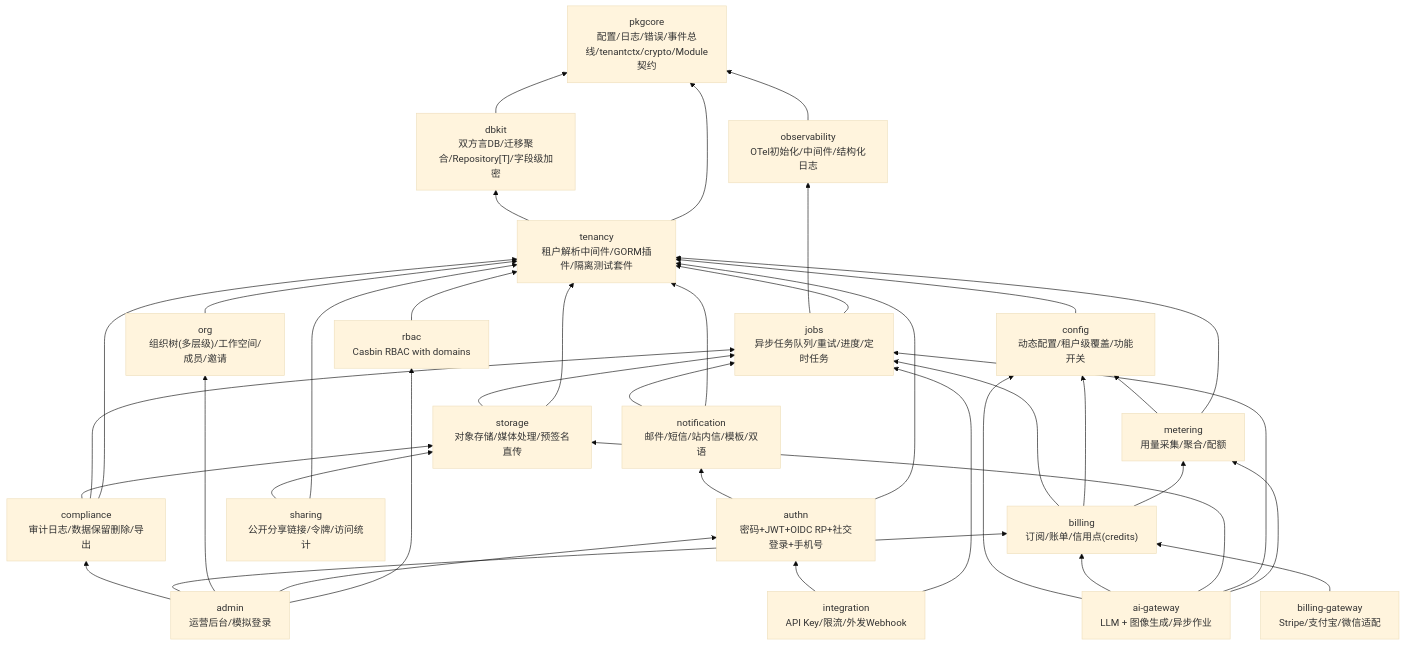
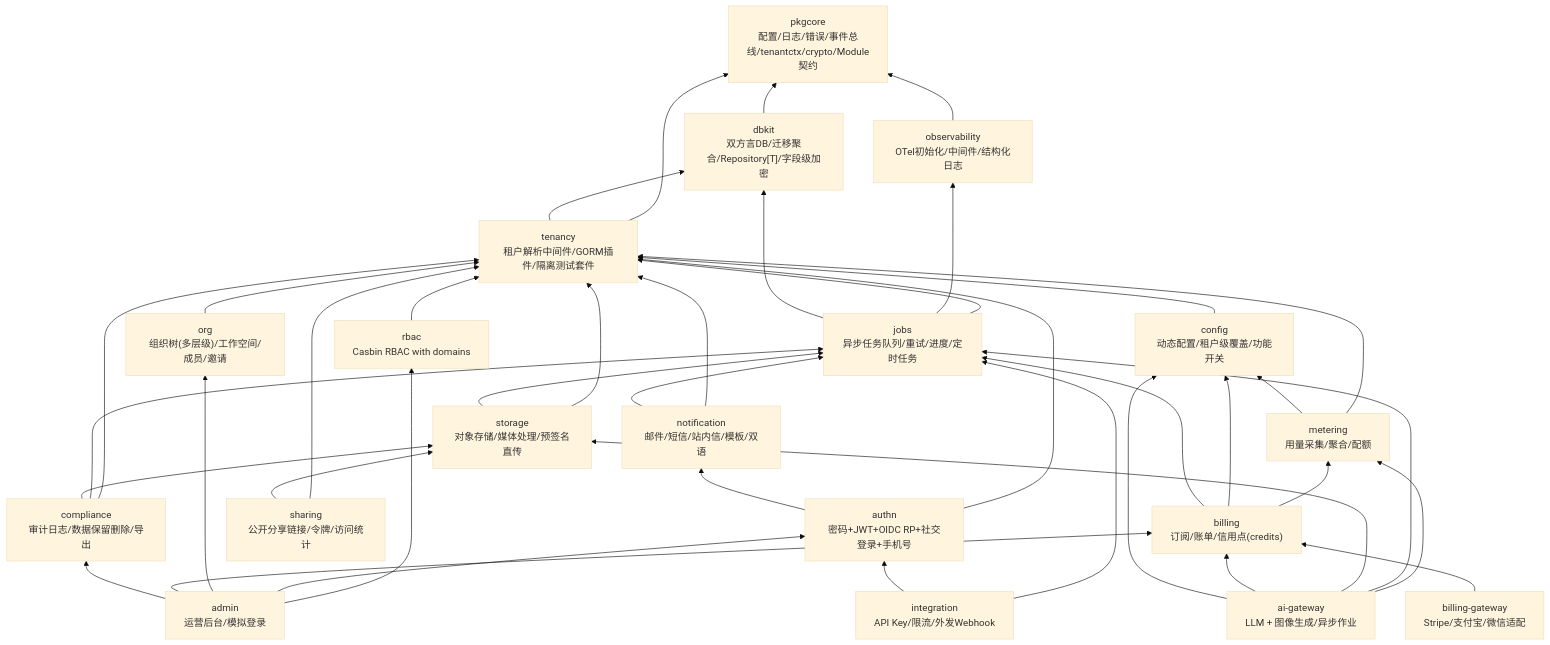
The diagram in docs/internal/01-architecture.md (vislake/speed), drawn with Mermaid (base theme) before and after one commit. The commit also changed 1 other file, not shown here.

Commit message:
docs(repo): fix stale Taskfile.yml comments and missing jobs->dbkit graph edge
Taskfile.yml's test/dev task comments still named only pkgcore/dbkit/
tenancy as real, missing observability and now jobs -- same class of
staleness as the two prior fixes to this file. Comment/echo text only,
no cmds: change.

01-architecture.md's dependency graph showed jobs->tenancy and
jobs->obs but not jobs->dbkit, even though go/jobs (commits 6882c12,
83a1d4a) has a real, deliberate dependency on it: the task table is
platform data, not tenant data (a dispatcher scans for the next
eligible job across every tenant, an access pattern dbkit.Repository[T]
structurally can't serve), persisted through dbkit.Open()'s plain
*gorm.DB directly -- exactly the same sanctioned exception dbkit's own
AGENTS.md documents for identity/platform domains. Found during the
jobs round's own dbkit-dependency investigation.

````diff
--- a/docs/internal/01-architecture.md
+++ b/docs/internal/01-architecture.md
@@ -10,61 +10,62 @@
 ```mermaid
 graph BT
     pkgcore["pkgcore<br/>配置/日志/错误/事件总线/tenantctx/crypto/Module契约"]
     dbkit["dbkit<br/>双方言DB/迁移聚合/Repository[T]/字段级加密"]
     obs["observability<br/>OTel初始化/中间件/结构化日志"]
     tenancy["tenancy<br/>租户解析中间件/GORM插件/隔离测试套件"]
     cfg["config<br/>动态配置/租户级覆盖/功能开关"]
     jobs["jobs<br/>异步任务队列/重试/进度/定时任务"]
     storage["storage<br/>对象存储/媒体处理/预签名直传"]
     notify["notification<br/>邮件/短信/站内信/模板/双语"]
     authn["authn<br/>密码+JWT+OIDC RP+社交登录+手机号"]
     rbac["rbac<br/>Casbin RBAC with domains"]
     metering["metering<br/>用量采集/聚合/配额"]
     org["org<br/>组织树(多层级)/工作空间/成员/邀请"]
     billing["billing<br/>订阅/账单/信用点(credits)"]
     bgw["billing-gateway<br/>Stripe/支付宝/微信适配"]
     ai["ai-gateway<br/>LLM + 图像生成/异步作业"]
     sharing["sharing<br/>公开分享链接/令牌/访问统计"]
     integ["integration<br/>API Key/限流/外发Webhook"]
     comp["compliance<br/>审计日志/数据保留删除/导出"]
     admin["admin<br/>运营后台/模拟登录"]
 
     dbkit --> pkgcore
     obs --> pkgcore
     tenancy --> pkgcore
     tenancy --> dbkit
     cfg --> tenancy
     jobs --> tenancy
     jobs --> obs
+    jobs --> dbkit
     storage --> tenancy
     storage --> jobs
     notify --> tenancy
     notify --> jobs
     authn --> tenancy
     authn --> notify
     rbac --> tenancy
     metering --> tenancy
     metering --> cfg
     org --> tenancy
     billing --> metering
     billing --> cfg
     billing --> jobs
     bgw --> billing
     ai --> metering
     ai --> jobs
     ai --> storage
     ai --> billing
     ai --> cfg
     sharing --> tenancy
     sharing --> storage
     integ --> jobs
     integ --> authn
     comp --> tenancy
     comp --> jobs
     comp --> storage
     admin --> rbac
     admin --> authn
     admin --> org
     admin --> billing
     admin --> comp
 ```
````
